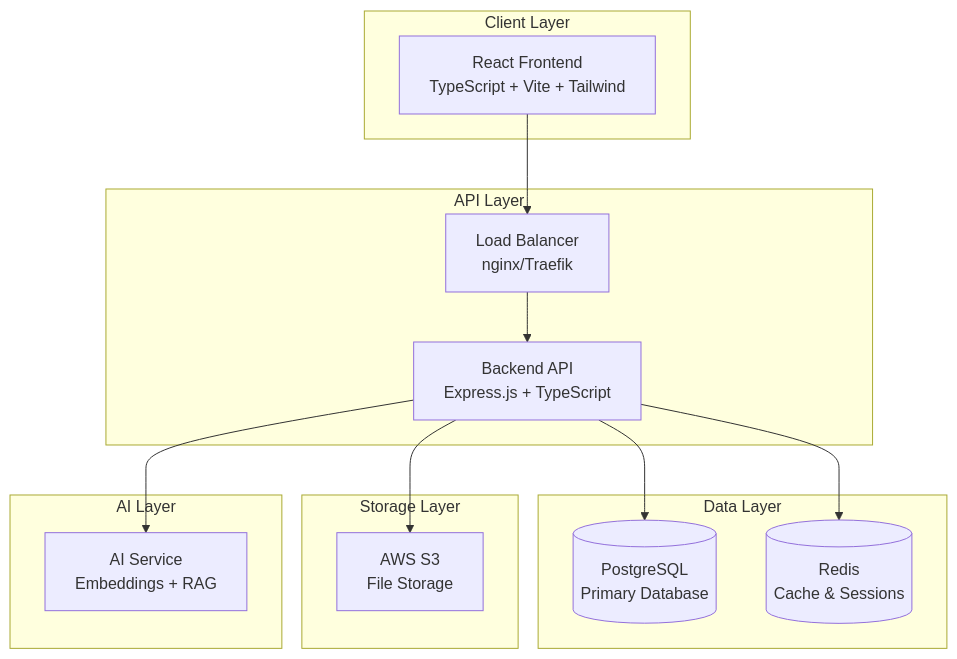
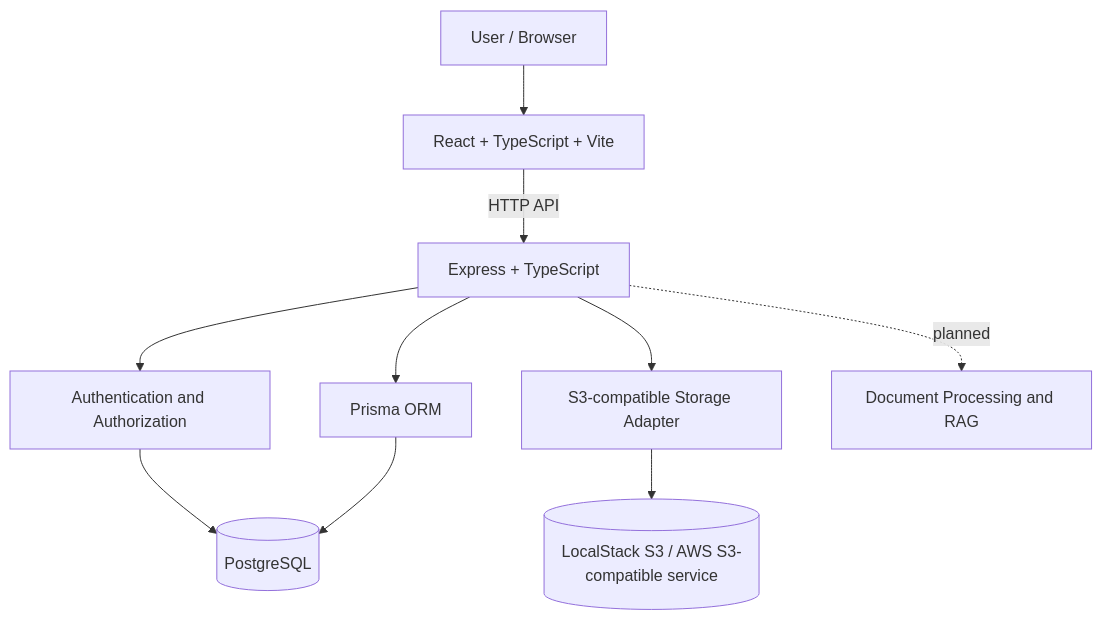
The first of 2 diagrams in README.md (JainMehul05/NimbusVault-), drawn with Mermaid before and after one commit. The commit also changed other lines of this file, not shown here.

````diff
--- a/README.md
+++ b/README.md
@@ -37,31 +74,12 @@
 ```mermaid
-graph TB
-    subgraph "Client Layer"
-        FE[React Frontend<br/>TypeScript + Vite + Tailwind]
-    end
-
-    subgraph "API Layer"
-        LB[Load Balancer<br/>nginx/Traefik]
-        API[Backend API<br/>Express.js + TypeScript]
-    end
-
-    subgraph "Data Layer"
-        PG[(PostgreSQL<br/>Primary Database)]
-        RD[(Redis<br/>Cache & Sessions)]
-    end
-
-    subgraph "Storage Layer"
-        S3[AWS S3<br/>File Storage]
-    end
-
-    subgraph "AI Layer"
-        AI[AI Service<br/>Embeddings + RAG]
-    end
-
-    FE --> LB
-    LB --> API
-    API --> PG
-    API --> RD
-    API --> S3
-    API --> AI
+flowchart TD
+    U[User / Browser] --> FE[React + TypeScript + Vite]
+    FE -->|HTTP API| API[Express + TypeScript]
+    API --> AUTH[Authentication and Authorization]
+    AUTH --> DB[(PostgreSQL)]
+    API --> PRISMA[Prisma ORM]
+    PRISMA --> DB
+    API --> STORAGE[S3-compatible Storage Adapter]
+    STORAGE --> S3[(LocalStack S3 / AWS S3-compatible service)]
+    API -. planned .-> AI[Document Processing and RAG]
 ```
````
